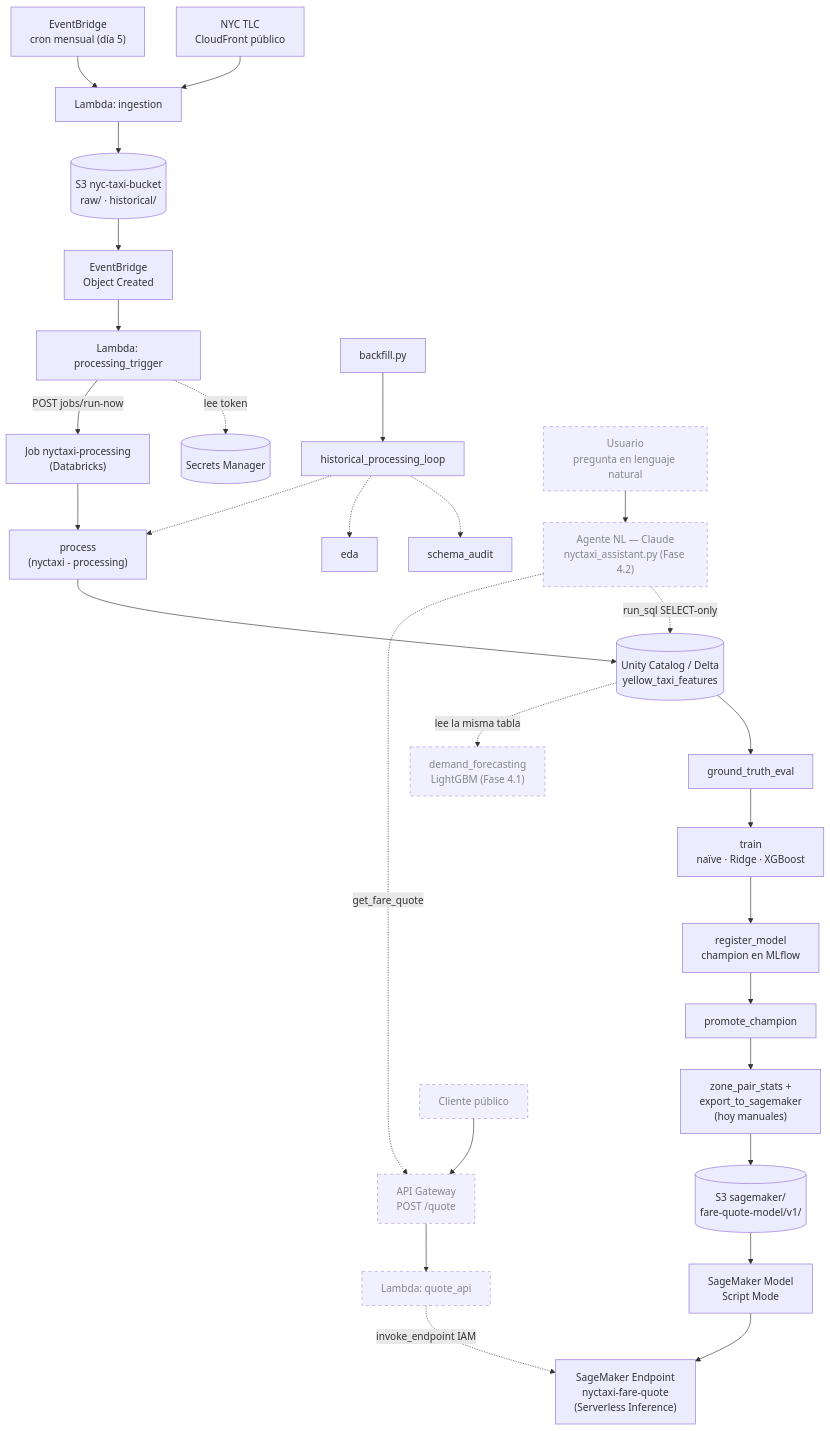
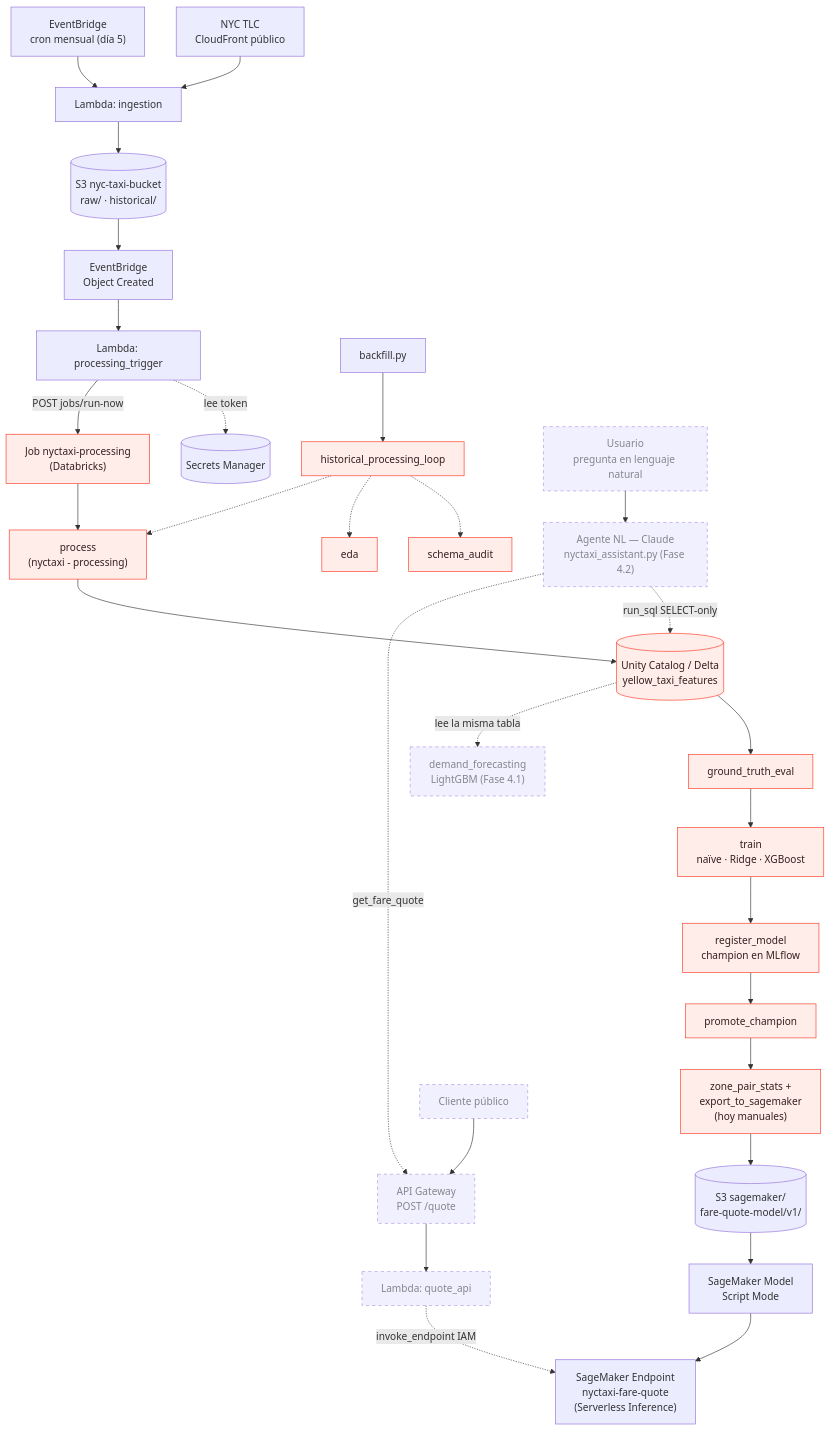
One commit to mmereles/DE-ML-AI---nyctaxi changed the diagram in README.md. Above: the diagram before and after it, drawn with Mermaid. The commit also changed 1 other file, not shown here.

Commit message:
Repinta los nodos de Databricks con su paleta de marca real
No use un stencil de icono de Databricks en el .drawio (no tengo certeza de
que la libreria este disponible por defecto en draw.io, a diferencia de
mxgraph.aws4 que si confirme que funciona) - en cambio, repinto las cajas
con los colores reales de marca de Databricks (rojo #FF3621, antes un
naranja generico) tanto en el .drawio como en el Mermaid del README, para
que se distingan de un vistazo de las cajas de AWS.

````diff
--- a/README.md
+++ b/README.md
@@ -9,35 +9,36 @@
 ```mermaid
 flowchart TB
     TLC["NYC TLC<br/>CloudFront público"] --> LamIng
     EBcron["EventBridge<br/>cron mensual (día 5)"] --> LamIng["Lambda: ingestion"]
     LamIng --> S3raw[("S3 nyc-taxi-bucket<br/>raw/ · historical/")]
     S3raw --> EBs3["EventBridge<br/>Object Created"]
     EBs3 --> LamTrig["Lambda: processing_trigger"]
     LamTrig -. lee token .-> Secrets[("Secrets Manager")]
-    Backfill["backfill.py"] --> HistLoop["historical_processing_loop"]
-    HistLoop -.-> SchemaAudit["schema_audit"] & EDA["eda"]
+    Backfill["backfill.py"] --> HistLoop["historical_processing_loop"]:::databricks
+    HistLoop -.-> SchemaAudit["schema_audit"]:::databricks & EDA["eda"]:::databricks
 
-    LamTrig -- "POST jobs/run-now" --> Job["Job nyctaxi-processing<br/>(Databricks)"]
-    Job --> Process["process<br/>(nyctaxi - processing)"]
+    LamTrig -- "POST jobs/run-now" --> Job["Job nyctaxi-processing<br/>(Databricks)"]:::databricks
+    Job --> Process["process<br/>(nyctaxi - processing)"]:::databricks
     HistLoop -.-> Process
-    Process --> Delta[("Unity Catalog / Delta<br/>yellow_taxi_features")]
-    Delta --> GTEval["ground_truth_eval"]
-    GTEval --> Train["train<br/>naïve · Ridge · XGBoost"]
-    Train --> Register["register_model<br/>champion en MLflow"]
-    Register --> Promote["promote_champion"]
+    Process --> Delta[("Unity Catalog / Delta<br/>yellow_taxi_features")]:::databricks
+    Delta --> GTEval["ground_truth_eval"]:::databricks
+    GTEval --> Train["train<br/>naïve · Ridge · XGBoost"]:::databricks
+    Train --> Register["register_model<br/>champion en MLflow"]:::databricks
+    Register --> Promote["promote_champion"]:::databricks
 
-    Promote --> ExportSM["zone_pair_stats +<br/>export_to_sagemaker<br/>(hoy manuales)"]
+    Promote --> ExportSM["zone_pair_stats +<br/>export_to_sagemaker<br/>(hoy manuales)"]:::databricks
     ExportSM --> S3sm[("S3 sagemaker/<br/>fare-quote-model/v1/")]
     S3sm --> SageModel["SageMaker Model<br/>Script Mode"]
     SageModel --> SageEndpoint["SageMaker Endpoint<br/>nyctaxi-fare-quote<br/>(Serverless Inference)"]
     QuoteAPI["Lambda: quote_api"]:::pending -. invoke_endpoint IAM .-> SageEndpoint
     APIGW["API Gateway<br/>POST /quote"]:::pending --> QuoteAPI
     Cliente["Cliente público"]:::pending --> APIGW
 
     Delta -. lee la misma tabla .-> Forecast["demand_forecasting<br/>LightGBM (Fase 4.1)"]:::pending
     Agent["Agente NL — Claude<br/>nyctaxi_assistant.py (Fase 4.2)"]:::pending -. run_sql SELECT-only .-> Delta
     Agent -. get_fare_quote .-> APIGW
     Usuario["Usuario<br/>pregunta en lenguaje natural"]:::pending --> Agent
 
     classDef pending stroke-dasharray: 5 5,opacity:0.75
+    classDef databricks fill:#FFEDE9,stroke:#FF3621,color:#341F1E
 ```
````
